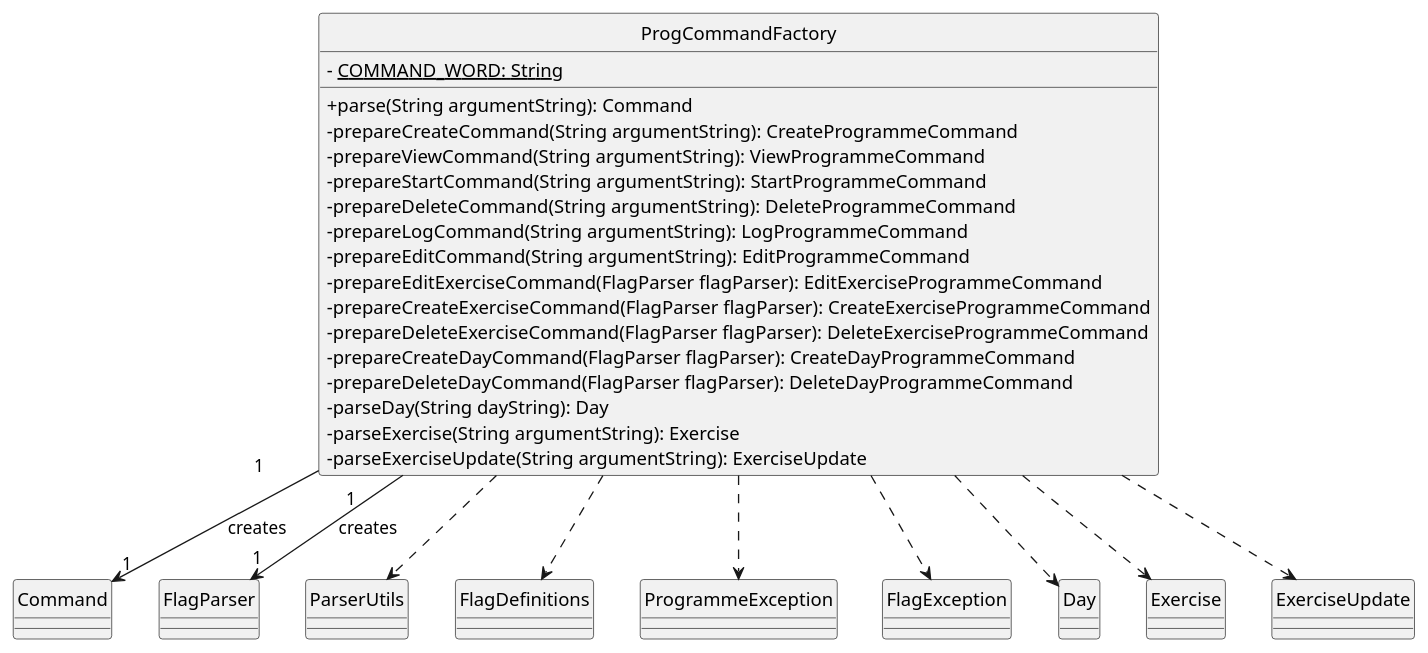
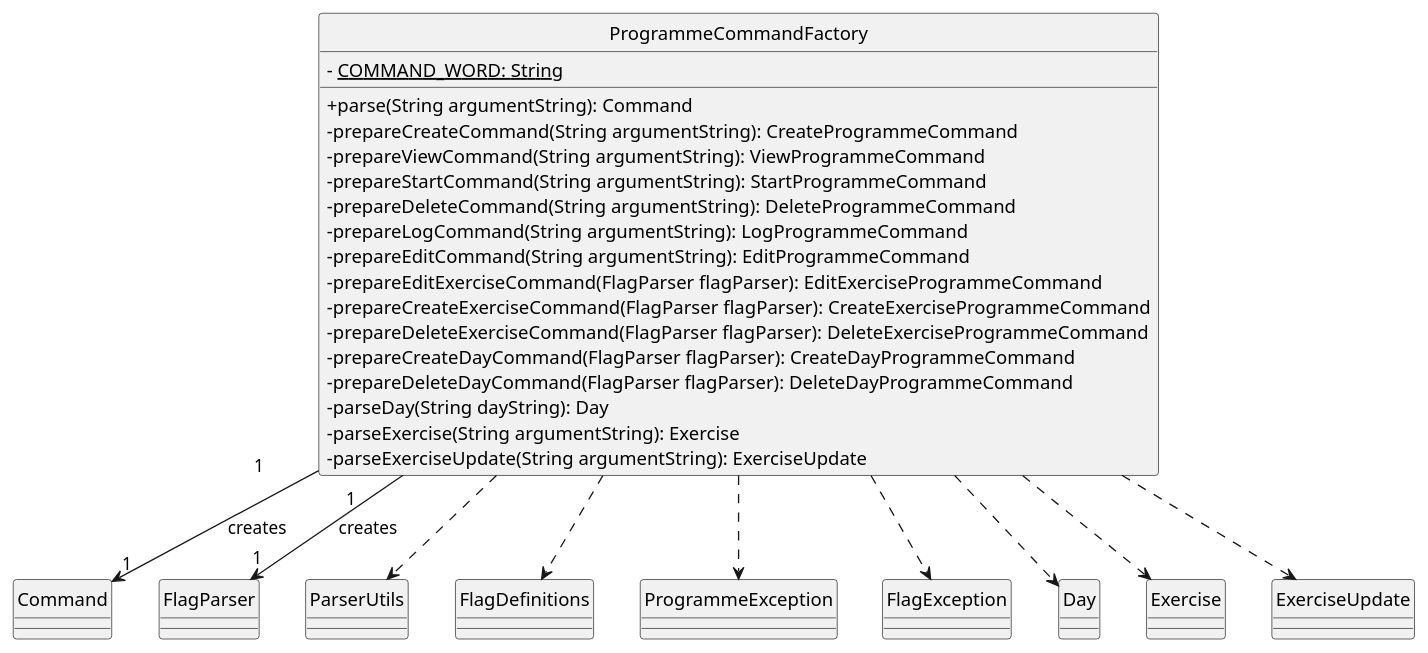
Before and after one commit to nus-cs2113-AY2425S1/tp: the diagram in docs/diagrams/progFactoryComponent.puml, drawn with PlantUML. The commit also changed 4 other files, not shown here.

Commit message:
Update ProgCommandFactory to ProgrammeCommandFactory

```diff
--- a/docs/diagrams/progFactoryComponent.puml
+++ b/docs/diagrams/progFactoryComponent.puml
@@ -1,39 +1,39 @@
 @startuml
 skinparam classAttributeIconSize 0
 hide circle
 
-class ProgCommandFactory {
+class ProgrammeCommandFactory {
   - <u> COMMAND_WORD: String
 
   + parse(String argumentString): Command
   - prepareCreateCommand(String argumentString): CreateProgrammeCommand
   - prepareViewCommand(String argumentString): ViewProgrammeCommand
   - prepareStartCommand(String argumentString): StartProgrammeCommand
   - prepareDeleteCommand(String argumentString): DeleteProgrammeCommand
   - prepareLogCommand(String argumentString): LogProgrammeCommand
   - prepareEditCommand(String argumentString): EditProgrammeCommand
   - prepareEditExerciseCommand(FlagParser flagParser): EditExerciseProgrammeCommand
   - prepareCreateExerciseCommand(FlagParser flagParser): CreateExerciseProgrammeCommand
   - prepareDeleteExerciseCommand(FlagParser flagParser): DeleteExerciseProgrammeCommand
   - prepareCreateDayCommand(FlagParser flagParser): CreateDayProgrammeCommand
   - prepareDeleteDayCommand(FlagParser flagParser): DeleteDayProgrammeCommand
   - parseDay(String dayString): Day
   - parseExercise(String argumentString): Exercise
   - parseExerciseUpdate(String argumentString): ExerciseUpdate
 }
 
-ProgCommandFactory "1          " --> "1" Command : "creates"
+ProgrammeCommandFactory "1          " --> "1" Command : "creates"
 
-ProgCommandFactory "1       " -->  "1" FlagParser : "creates"
+ProgrammeCommandFactory "1       " -->  "1" FlagParser : "creates"
 
-ProgCommandFactory ..> ParserUtils
-ProgCommandFactory ..> FlagDefinitions
-ProgCommandFactory ..> ProgrammeException
-ProgCommandFactory ..> FlagException
+ProgrammeCommandFactory ..> ParserUtils
+ProgrammeCommandFactory ..> FlagDefinitions
+ProgrammeCommandFactory ..> ProgrammeException
+ProgrammeCommandFactory ..> FlagException
 
-ProgCommandFactory ..> Day
-ProgCommandFactory ..> Exercise
-ProgCommandFactory ..> ExerciseUpdate
+ProgrammeCommandFactory ..> Day
+ProgrammeCommandFactory ..> Exercise
+ProgrammeCommandFactory ..> ExerciseUpdate
 
 
 @enduml
```
